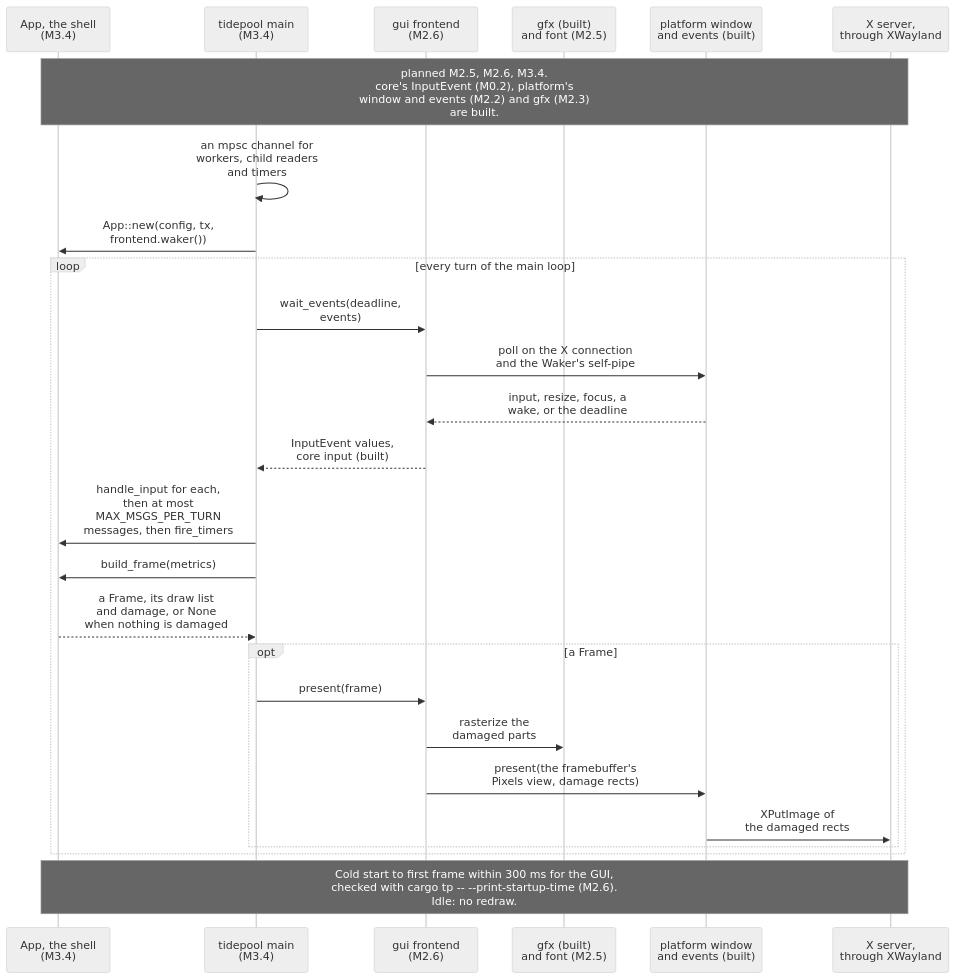
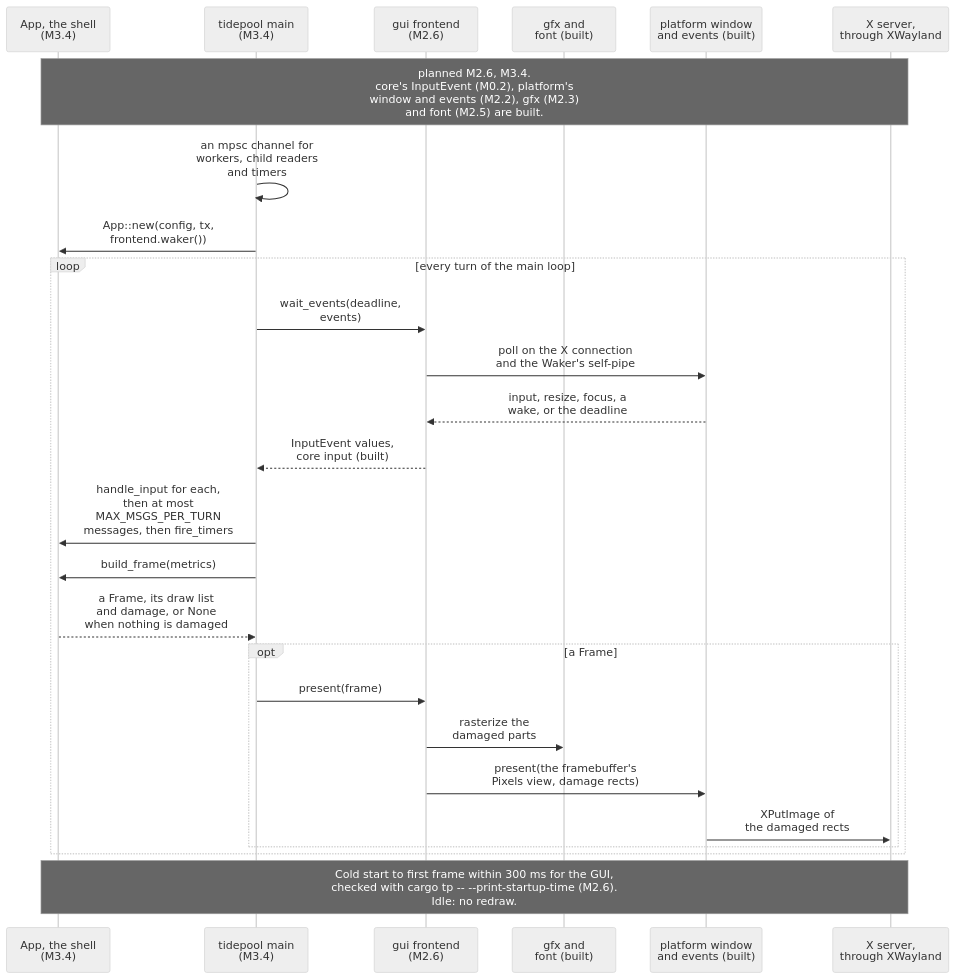
Before and after one commit to jabbott-iii/Tidepool: the tenth of 22 diagrams in diagrams/sequence-diagrams.md, drawn with Mermaid (neutral theme). The commit also changed other lines of this file and 33 other files, not shown here.

````diff
--- a/diagrams/sequence-diagrams.md
+++ b/diagrams/sequence-diagrams.md
@@ -544,29 +545,29 @@
 ```mermaid
 sequenceDiagram
     participant Shell as App, the shell<br/>(M3.4)
     participant Cli as tidepool main<br/>(M3.4)
     participant Fe as gui frontend<br/>(M2.6)
-    participant Gfx as gfx (built)<br/>and font (M2.5)
+    participant Gfx as gfx and<br/>font (built)
     participant Plat as platform window<br/>and events (built)
     participant Disp as X server,<br/>through XWayland
 
-    Note over Shell,Disp: planned M2.5, M2.6, M3.4.<br/>core's InputEvent (M0.2), platform's<br/>window and events (M2.2) and gfx (M2.3)<br/>are built.
+    Note over Shell,Disp: planned M2.6, M3.4.<br/>core's InputEvent (M0.2), platform's<br/>window and events (M2.2), gfx (M2.3)<br/>and font (M2.5) are built.
     Cli->>Cli: an mpsc channel for<br/>workers, child readers<br/>and timers
     Cli->>Shell: App::new(config, tx,<br/>frontend.waker())
     loop every turn of the main loop
         Cli->>Fe: wait_events(deadline,<br/>events)
         Fe->>Plat: poll on the X connection<br/>and the Waker's self-pipe
         Plat-->>Fe: input, resize, focus, a<br/>wake, or the deadline
         Fe-->>Cli: InputEvent values,<br/>core input (built)
         Cli->>Shell: handle_input for each,<br/>then at most<br/>MAX_MSGS_PER_TURN<br/>messages, then fire_timers
         Cli->>Shell: build_frame(metrics)
         Shell-->>Cli: a Frame, its draw list<br/>and damage, or None<br/>when nothing is damaged
         opt a Frame
             Cli->>Fe: present(frame)
             Fe->>Gfx: rasterize the<br/>damaged parts
             Fe->>Plat: present(the framebuffer's<br/>Pixels view, damage rects)
             Plat->>Disp: XPutImage of<br/>the damaged rects
         end
     end
     Note over Shell,Disp: Cold start to first frame within 300 ms for the GUI,<br/>checked with cargo tp -- --print-startup-time (M2.6).<br/>Idle: no redraw.
 ```
````
